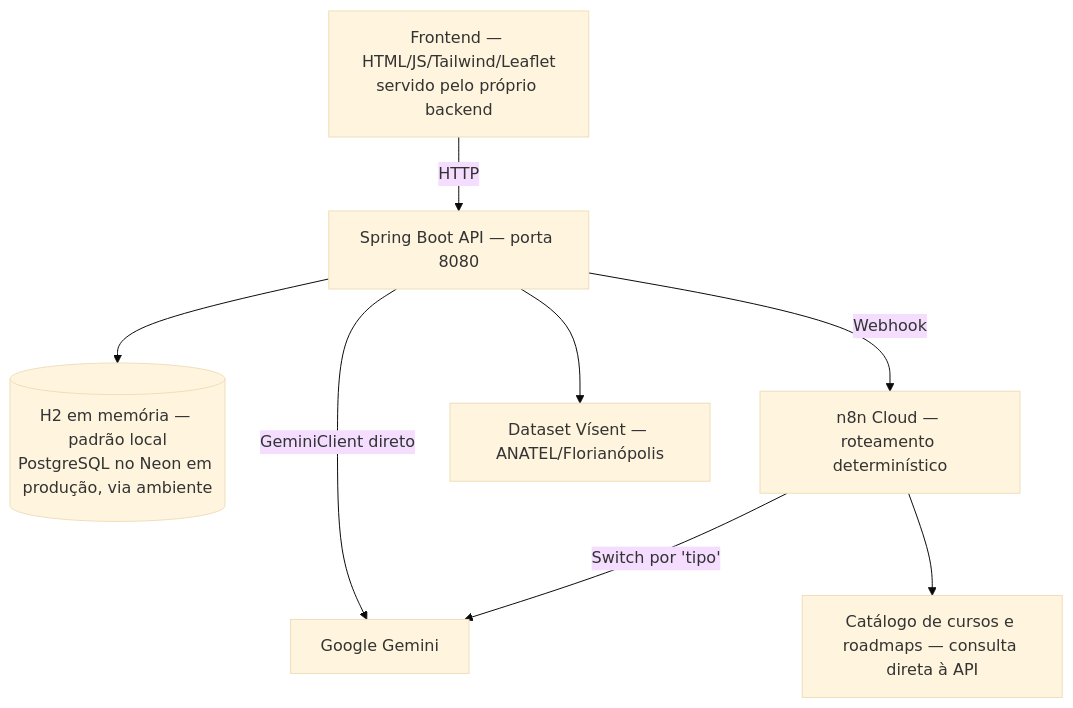
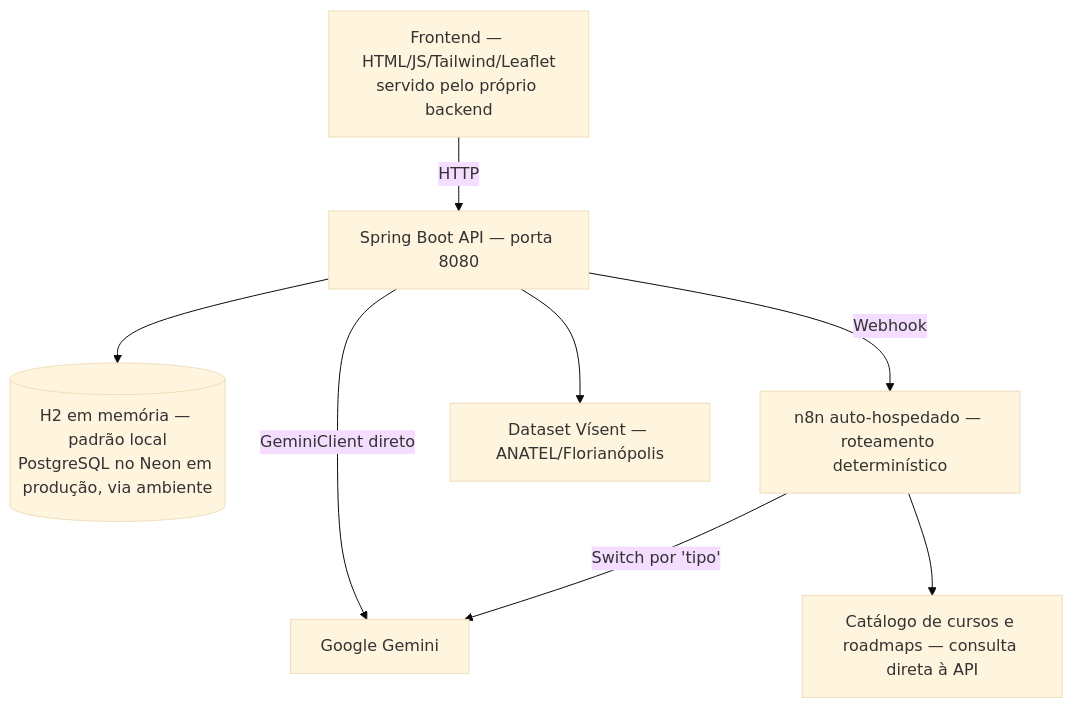
Before and after one commit to No-Country-simulation/S06-26-AB-EQUIPE-68: the second of 2 diagrams in README.md, drawn with Mermaid (base theme). The commit also changed other lines of this file, not shown here.

First line of the commit message:
docs(readme): n8n auto-hospedado no lugar do n8n Cloud, com a seção de instalação

````diff
--- a/README.md
+++ b/README.md
@@ -357,25 +357,25 @@
 ```mermaid
 graph TD
 
 UI[Frontend — HTML/JS/Tailwind/Leaflet<br/>servido pelo próprio backend]
 
 API[Spring Boot API — porta 8080]
 
 DB[(H2 em memória — padrão local<br/>PostgreSQL no Neon em produção, via ambiente)]
 
-N8N[n8n Cloud — roteamento determinístico]
+N8N[n8n auto-hospedado — roteamento determinístico]
 
 AI[Google Gemini]
 
 CAT[Catálogo de cursos e roadmaps — consulta direta à API]
 
 VISENT[Dataset Vísent — ANATEL/Florianópolis]
 
 UI -->|HTTP| API
 API --> DB
 API -->|Webhook| N8N
 N8N -->|Switch por 'tipo'| AI
 N8N --> CAT
 API -->|GeminiClient direto| AI
 API --> VISENT
 ```
````
